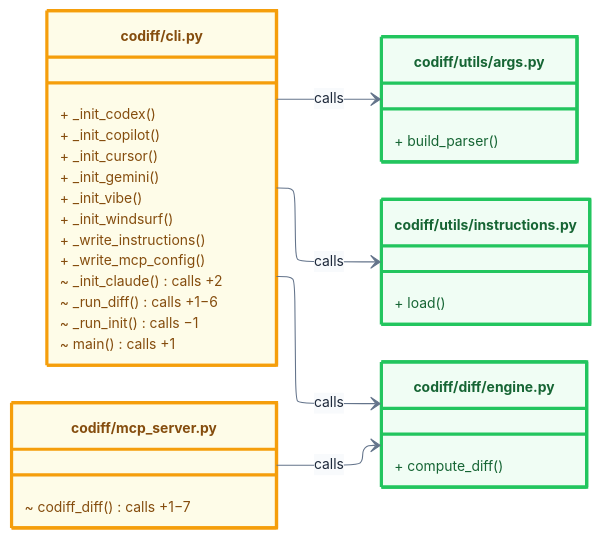
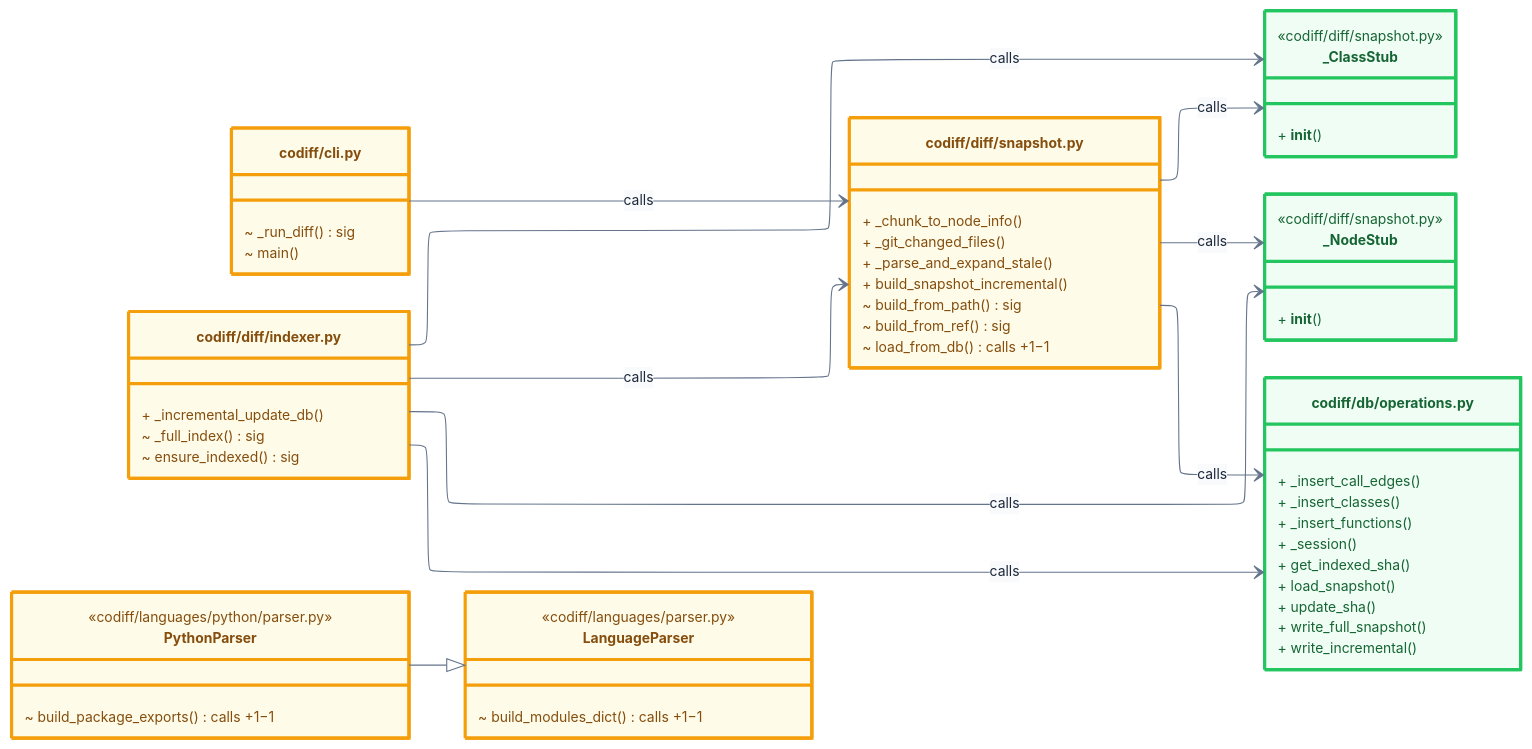
The diagram in README.md (issahammoud/codiff), drawn with Mermaid before and after one commit. The commit also changed other lines of this file and 3 other files, not shown here.

First line of the commit message:
refactor: drop cursor, copilot, windsurf — keep claude, codex, gemini, vibe

````diff
--- a/README.md
+++ b/README.md
@@ -7,48 +7,76 @@
 ```mermaid
 %%{init: {'layout': 'elk', 'elk': {'direction': 'RIGHT'}, 'maxTextSize': 999999, 'theme': 'base', 'themeVariables': {'background': '#ffffff', 'clusterBkg': '#f8fafc', 'clusterBorder': '#94a3b8', 'primaryColor': '#f8fafc', 'primaryBorderColor': '#94a3b8', 'primaryTextColor': '#1e293b', 'lineColor': '#64748b', 'fontSize': '13px', 'fontFamily': 'ui-monospace, SFMono-Regular, Menlo, monospace'}}}%%
 classDiagram
     direction LR
 
-    class n0["codiff/cli.py"] {
-        + _init_codex()
-        + _init_copilot()
-        + _init_cursor()
-        + _init_gemini()
-        + _init_vibe()
-        + _init_windsurf()
-        + _write_instructions()
-        + _write_mcp_config()
-        ~ _init_claude()  calls +2
-        ~ _run_diff()  calls +1−6
-        ~ _run_init()  calls −1
-        ~ main()  calls +1
+    class n5["codiff/cli.py"] {
+        ~ _run_diff()  sig
+        ~ main()
     }
 
-    class n2["codiff/mcp_server.py"] {
-        ~ codiff_diff()  calls +1−7
+    class n7["codiff/diff/indexer.py"] {
+        + _incremental_update_db()
+        ~ _full_index()  sig
+        ~ ensure_indexed()  sig
     }
 
-    class n3["codiff/utils/args.py"] {
-        + build_parser()
+    class n3["PythonParser"] {
+        <<codiff/languages/python/parser.py>>
+        ~ build_package_exports()  calls +1−1
     }
 
-    class n4["codiff/utils/instructions.py"] {
-        + load()
+    class n8["codiff/diff/snapshot.py"] {
+        + _chunk_to_node_info()
+        + _git_changed_files()
+        + _parse_and_expand_stale()
+        + build_snapshot_incremental()
+        ~ build_from_path()  sig
+        ~ build_from_ref()  sig
+        ~ load_from_db()  calls +1−1
+    }
+    class n0["_ClassStub"] {
+        <<codiff/diff/snapshot.py>>
+        + __init__()
+    }
+    class n1["_NodeStub"] {
+        <<codiff/diff/snapshot.py>>
+        + __init__()
     }
 
-    class n1["codiff/diff/engine.py"] {
-        + compute_diff()
+    class n2["LanguageParser"] {
+        <<codiff/languages/parser.py>>
+        ~ build_modules_dict()  calls +1−1
     }
 
-    style n0 fill:#fefce8,color:#854d0e,stroke:#f59e0b,stroke-width:3px
+    class n6["codiff/db/operations.py"] {
+        + _insert_call_edges()
+        + _insert_classes()
+        + _insert_functions()
+        + _session()
+        + get_indexed_sha()
+        + load_snapshot()
+        + update_sha()
+        + write_full_snapshot()
+        + write_incremental()
+    }
+
+    style n5 fill:#fefce8,color:#854d0e,stroke:#f59e0b,stroke-width:3px
+    style n7 fill:#fefce8,color:#854d0e,stroke:#f59e0b,stroke-width:3px
+    style n3 fill:#fefce8,color:#854d0e,stroke:#f59e0b,stroke-width:3px
+    style n8 fill:#fefce8,color:#854d0e,stroke:#f59e0b,stroke-width:3px
+    style n0 fill:#f0fdf4,color:#166534,stroke:#22c55e,stroke-width:3px
+    style n1 fill:#f0fdf4,color:#166534,stroke:#22c55e,stroke-width:3px
     style n2 fill:#fefce8,color:#854d0e,stroke:#f59e0b,stroke-width:3px
-    style n3 fill:#f0fdf4,color:#166534,stroke:#22c55e,stroke-width:3px
-    style n4 fill:#f0fdf4,color:#166534,stroke:#22c55e,stroke-width:3px
-    style n1 fill:#f0fdf4,color:#166534,stroke:#22c55e,stroke-width:3px
+    style n6 fill:#f0fdf4,color:#166534,stroke:#22c55e,stroke-width:3px
 
     %% Relationships
-    n0 --> n1 : calls
-    n0 --> n3 : calls
-    n0 --> n4 : calls
-    n2 --> n1 : calls
+    n3 --|> n2
+    n5 --> n8 : calls
+    n7 --> n0 : calls
+    n7 --> n1 : calls
+    n7 --> n6 : calls
+    n7 --> n8 : calls
+    n8 --> n0 : calls
+    n8 --> n1 : calls
+    n8 --> n6 : calls
 ```
````
